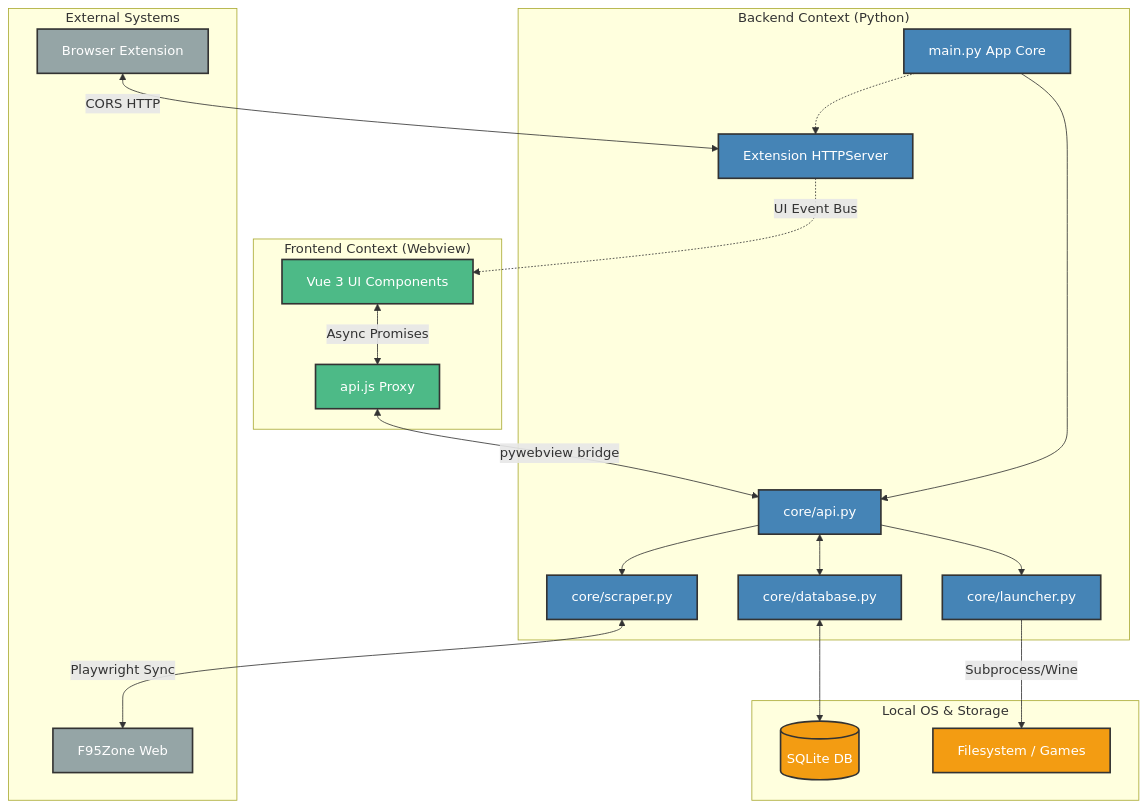
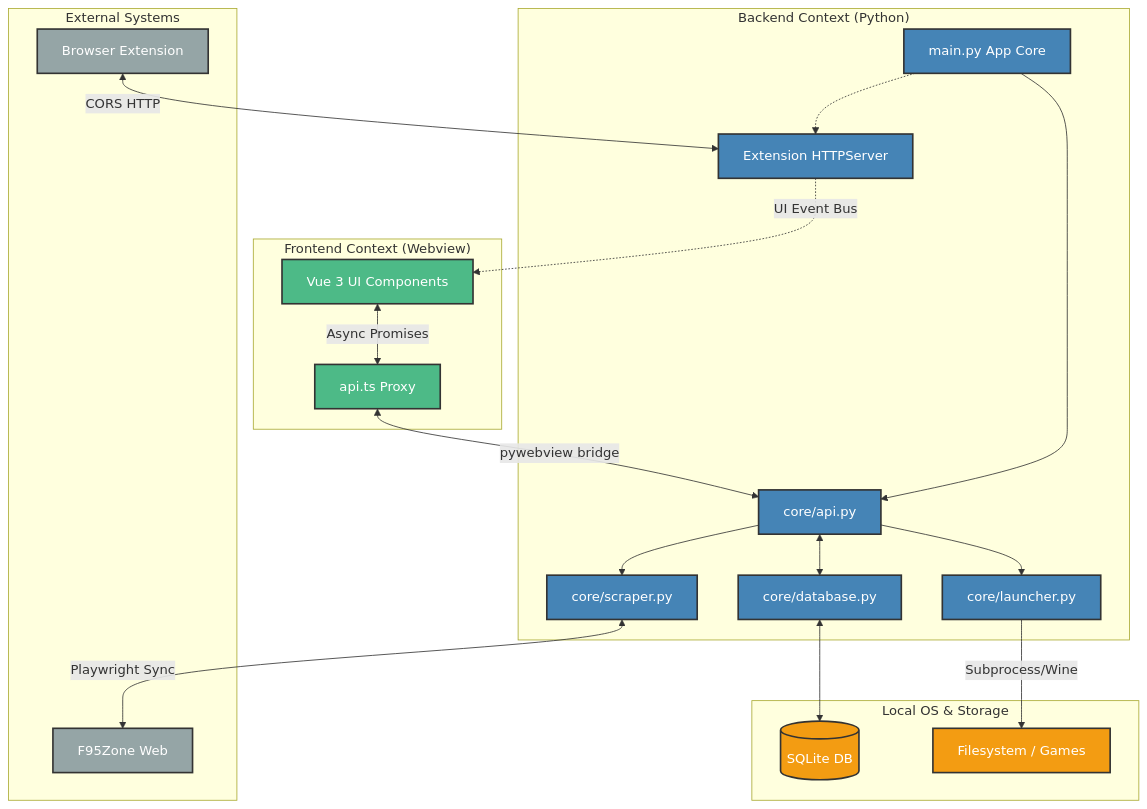
Before and after one commit to kirin-3/wLib: the diagram in docs/architecture.md, drawn with Mermaid. The commit also changed other lines of this file and 22 other files, not shown here.

````diff
--- a/docs/architecture.md
+++ b/docs/architecture.md
@@ -7,50 +7,50 @@
 ```mermaid
 flowchart TD
     %% Define Styles
     classDef frontend fill:#4dba87,stroke:#333,stroke-width:2px,color:#fff;
     classDef backend fill:#4584b6,stroke:#333,stroke-width:2px,color:#fff;
     classDef storage fill:#f39c12,stroke:#333,stroke-width:2px,color:#fff;
     classDef external fill:#95a5a6,stroke:#333,stroke-width:2px,color:#fff;
 
     %% Components
     subgraph "Frontend Context (Webview)"
         UI[Vue 3 UI Components]:::frontend
-        API_JS[api.js Proxy]:::frontend
+        API_TS[api.ts Proxy]:::frontend
     end
 
     subgraph "Backend Context (Python)"
         MAIN[main.py App Core]:::backend
         API_PY[core/api.py]:::backend
         DB[core/database.py]:::backend
         SCRAPER[core/scraper.py]:::backend
         LAUNCHER[core/launcher.py]:::backend
         EXT_SERVER[Extension HTTPServer]:::backend
     end
 
     subgraph "Local OS & Storage"
         SQLITE[(SQLite DB)]:::storage
         FS[Filesystem / Games]:::storage
     end
 
     subgraph "External Systems"
         F95[F95Zone Web]:::external
         EXT[Browser Extension]:::external
     end
 
     %% Flow
-    UI <-->|Async Promises| API_JS
-    API_JS <-->|pywebview bridge| API_PY
+    UI <-->|Async Promises| API_TS
+    API_TS <-->|pywebview bridge| API_PY
     
     API_PY <--> DB
     API_PY --> SCRAPER
     API_PY --> LAUNCHER
     MAIN --> API_PY
     MAIN -.-> EXT_SERVER
 
     DB <--> SQLITE
     SCRAPER <-->|Playwright Sync| F95
     LAUNCHER -->|Subprocess/Wine| FS
     
     EXT <-->|CORS HTTP| EXT_SERVER
     EXT_SERVER -.->|UI Event Bus| UI
 ```
````
